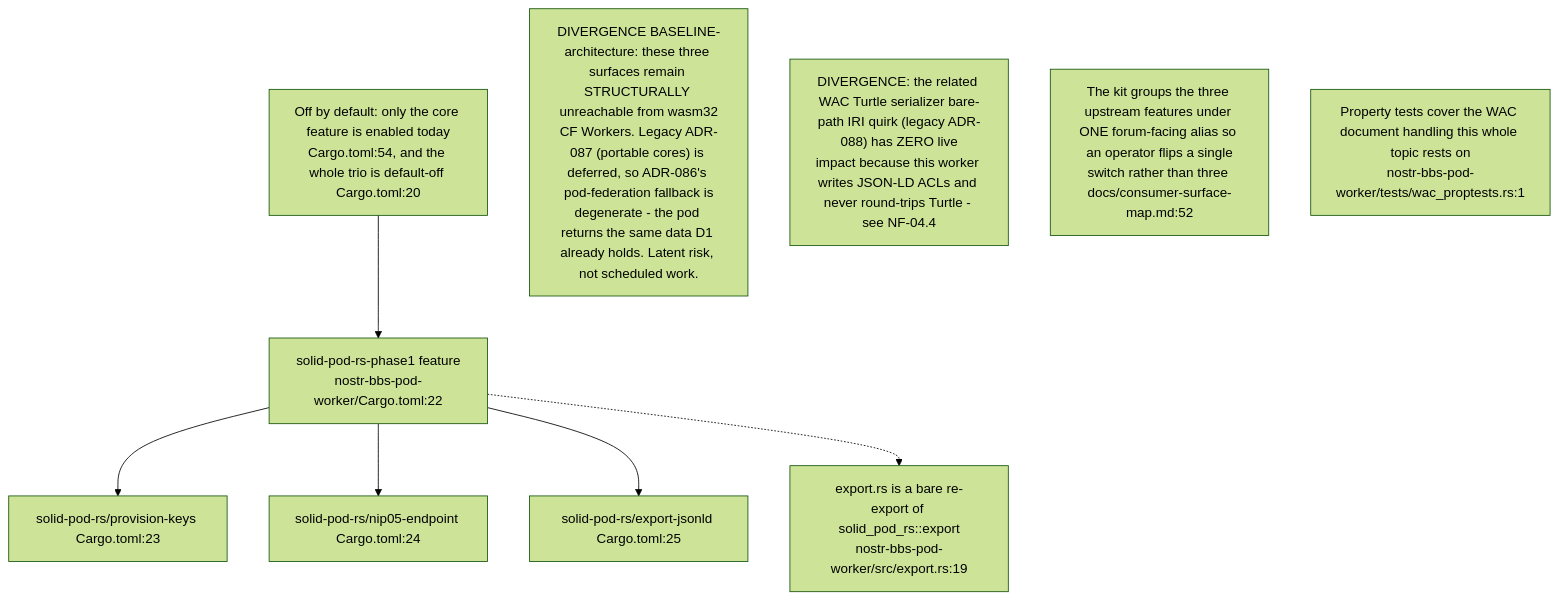
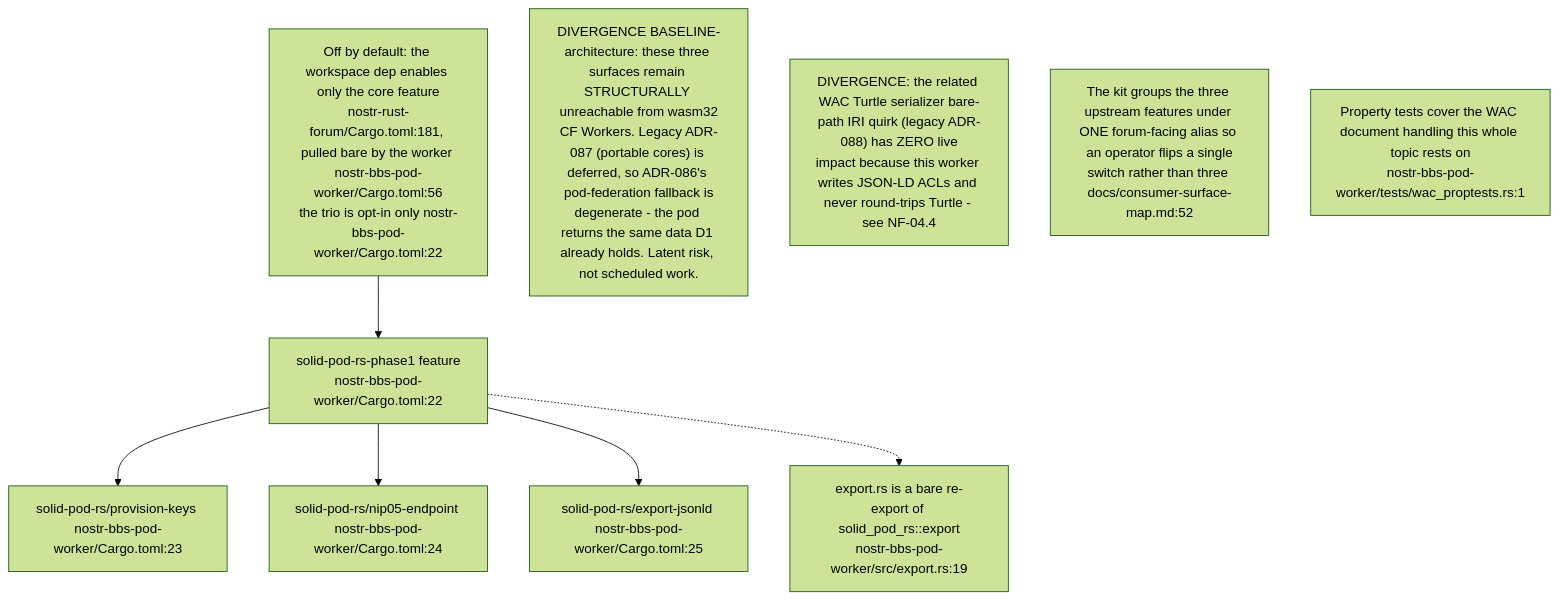
One commit to DreamLab-AI/VisionFlow changed the ninth of 10 diagrams in docs/diagrams/nostr-rust-forum/04-pod-worker-ldp-wac-and-delegation.md. Above: the diagram before and after it, drawn with Mermaid (forest theme). The commit also changed other lines of this file and 111 other files, not shown here.

Commit message:
docs(diagrams): align estate maps with current source

````diff
--- a/docs/diagrams/nostr-rust-forum/04-pod-worker-ldp-wac-and-delegation.md
+++ b/docs/diagrams/nostr-rust-forum/04-pod-worker-ldp-wac-and-delegation.md
@@ -258,18 +260,18 @@
 ```mermaid
 flowchart TB
     FEAT["solid-pod-rs-phase1 feature<br/>nostr-bbs-pod-worker/Cargo.toml:22"]
-    F1["solid-pod-rs/provision-keys Cargo.toml:23"]
-    F2["solid-pod-rs/nip05-endpoint Cargo.toml:24"]
-    F3["solid-pod-rs/export-jsonld Cargo.toml:25"]
+    F1["solid-pod-rs/provision-keys nostr-bbs-pod-worker/Cargo.toml:23"]
+    F2["solid-pod-rs/nip05-endpoint nostr-bbs-pod-worker/Cargo.toml:24"]
+    F3["solid-pod-rs/export-jsonld nostr-bbs-pod-worker/Cargo.toml:25"]
     EXPORT["export.rs is a bare re-export of solid_pod_rs::export<br/>nostr-bbs-pod-worker/src/export.rs:19"]
-    STATE["Off by default: only the core feature is enabled today<br/>Cargo.toml:54, and the whole trio is default-off Cargo.toml:20"]
+    STATE["Off by default: the workspace dep enables only the core feature<br/>nostr-rust-forum/Cargo.toml:181, pulled bare by the worker nostr-bbs-pod-worker/Cargo.toml:56<br/>the trio is opt-in only nostr-bbs-pod-worker/Cargo.toml:22"]
 
     FEAT --> F1 & F2 & F3
     FEAT -.-> EXPORT
     STATE --> FEAT
 
     N1["DIVERGENCE BASELINE-architecture: these three surfaces remain STRUCTURALLY unreachable from wasm32<br/>CF Workers. Legacy ADR-087 (portable cores) is deferred, so ADR-086's pod-federation fallback is<br/>degenerate - the pod returns the same data D1 already holds. Latent risk, not scheduled work."]
     N2["DIVERGENCE: the related WAC Turtle serializer bare-path IRI quirk (legacy ADR-088) has ZERO live<br/>impact because this worker writes JSON-LD ACLs and never round-trips Turtle - see NF-04.4"]
     N3["The kit groups the three upstream features under ONE forum-facing alias so an operator flips a single<br/>switch rather than three docs/consumer-surface-map.md:52"]
     N4["Property tests cover the WAC document handling this whole topic rests on<br/>nostr-bbs-pod-worker/tests/wac_proptests.rs:1"]
 ```
````
